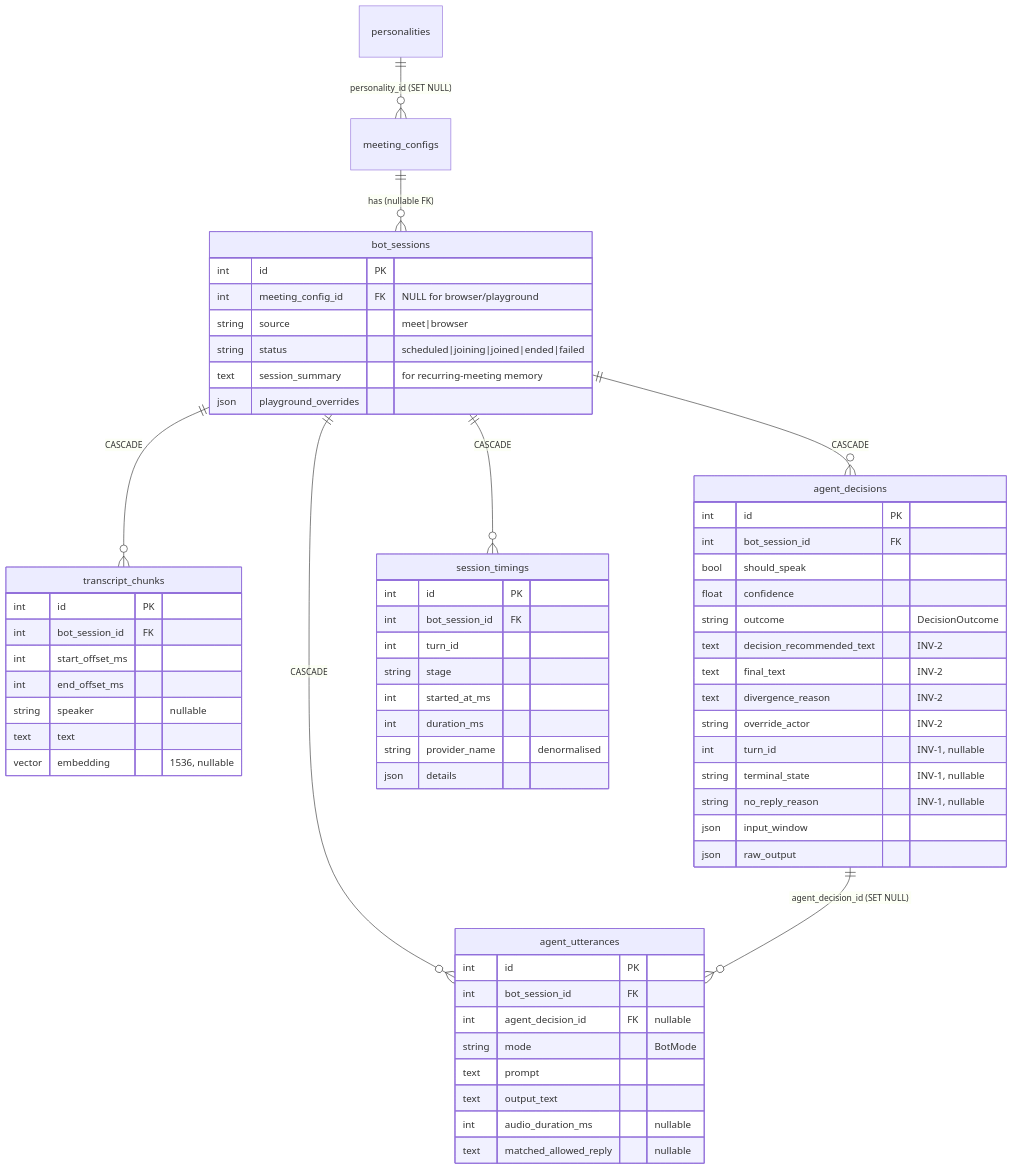
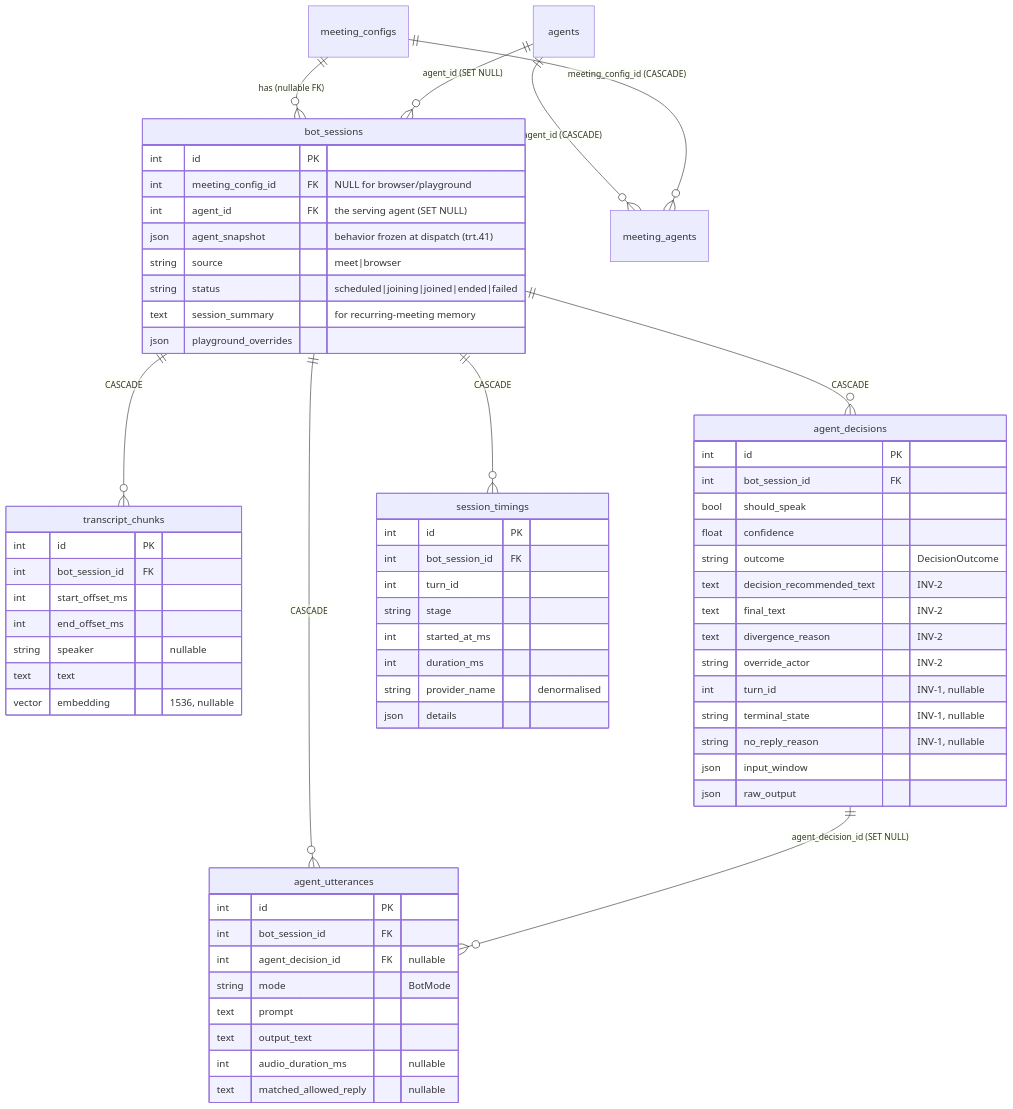
One commit to mekedron/Johnny changed the third of 3 diagrams in docs/PIPELINE.md. Above: the diagram before and after it, drawn with Mermaid. The commit also changed 98 other files, not shown here.

Commit message:
task: Johnny-trt.41 [BUILD] Phase 6: Agent entity — wipe templates/personalities, clean rebuild

````diff
--- a/docs/PIPELINE.md
+++ b/docs/PIPELINE.md
@@ -535,64 +535,68 @@
 ```mermaid
 erDiagram
     meeting_configs ||--o{ bot_sessions : "has (nullable FK)"
     bot_sessions ||--o{ transcript_chunks : "CASCADE"
     bot_sessions ||--o{ agent_decisions : "CASCADE"
     bot_sessions ||--o{ agent_utterances : "CASCADE"
     bot_sessions ||--o{ session_timings : "CASCADE"
     agent_decisions ||--o{ agent_utterances : "agent_decision_id (SET NULL)"
-    personalities ||--o{ meeting_configs : "personality_id (SET NULL)"
+    agents ||--o{ meeting_agents : "agent_id (CASCADE)"
+    meeting_configs ||--o{ meeting_agents : "meeting_config_id (CASCADE)"
+    agents ||--o{ bot_sessions : "agent_id (SET NULL)"
 
     bot_sessions {
         int id PK
         int meeting_config_id FK "NULL for browser/playground"
+        int agent_id FK "the serving agent (SET NULL)"
+        json agent_snapshot "behavior frozen at dispatch (trt.41)"
         string source "meet|browser"
         string status "scheduled|joining|joined|ended|failed"
         text session_summary "for recurring-meeting memory"
         json playground_overrides
     }
     transcript_chunks {
         int id PK
         int bot_session_id FK
         int start_offset_ms
         int end_offset_ms
         string speaker "nullable"
         text text
         vector embedding "1536, nullable"
     }
     agent_decisions {
         int id PK
         int bot_session_id FK
         bool should_speak
         float confidence
         string outcome "DecisionOutcome"
         text decision_recommended_text "INV-2"
         text final_text "INV-2"
         text divergence_reason "INV-2"
         string override_actor "INV-2"
         int turn_id "INV-1, nullable"
         string terminal_state "INV-1, nullable"
         string no_reply_reason "INV-1, nullable"
         json input_window
         json raw_output
     }
     agent_utterances {
         int id PK
         int bot_session_id FK
         int agent_decision_id FK "nullable"
         string mode "BotMode"
         text prompt
         text output_text
         int audio_duration_ms "nullable"
         text matched_allowed_reply "nullable"
     }
     session_timings {
         int id PK
         int bot_session_id FK
         int turn_id
         string stage
         int started_at_ms
         int duration_ms
         string provider_name "denormalised"
         json details
     }
 ```
````
